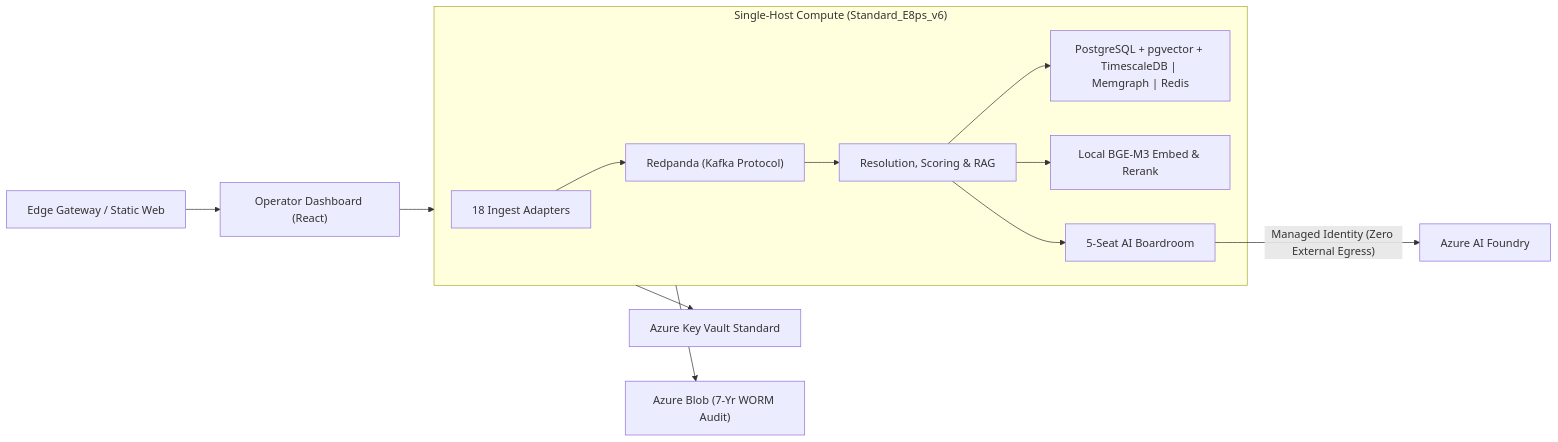
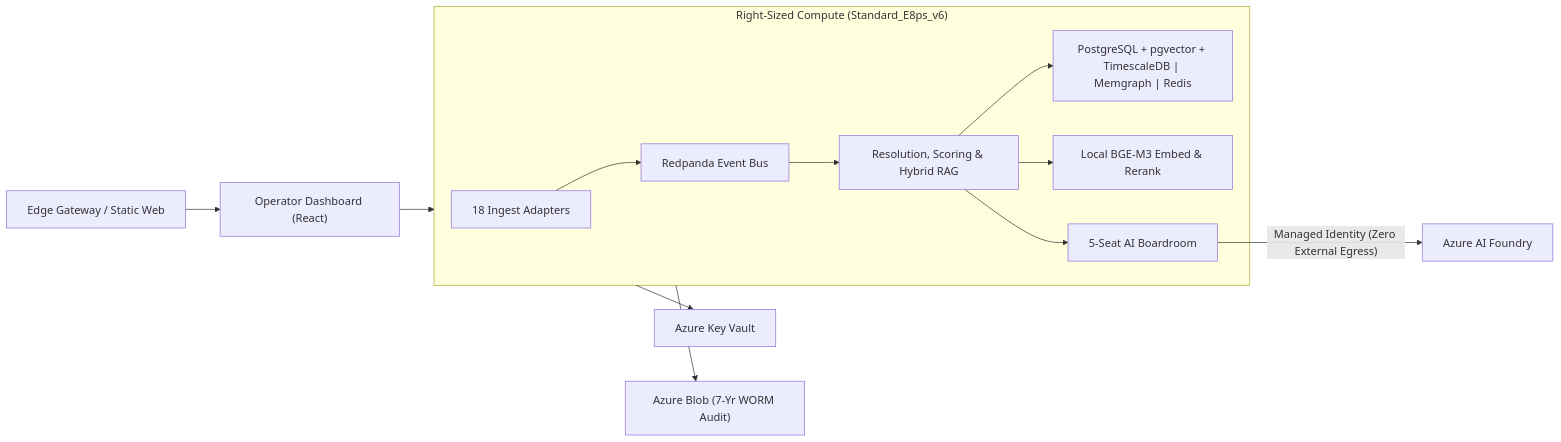
Before and after one commit to Damilarondo/miniature-azure-showcase: the diagram in README.md, drawn with Mermaid. The commit also changed other lines of this file, not shown here.

````diff
--- a/README.md
+++ b/README.md
@@ -54,17 +45,17 @@
 ```mermaid
 flowchart LR
     Edge["Edge Gateway / Static Web"] --> UI["Operator Dashboard (React)"]
-    UI --> Core["38-Service Compose Stack (Single Azure Host)"]
+    UI --> Core["38-Service Stack (Single Azure Host)"]
 
-    subgraph Core["Single-Host Compute (Standard_E8ps_v6)"]
-        Ingest["18 Ingest Adapters"] --> Bus["Redpanda (Kafka Protocol)"]
-        Bus --> Pipeline["Resolution, Scoring & RAG"]
+    subgraph Core["Right-Sized Compute (Standard_E8ps_v6)"]
+        Ingest["18 Ingest Adapters"] --> Bus["Redpanda Event Bus"]
+        Bus --> Pipeline["Resolution, Scoring & Hybrid RAG"]
         Pipeline --> Stores["PostgreSQL + pgvector + TimescaleDB | Memgraph | Redis"]
         Pipeline --> Embed["Local BGE-M3 Embed & Rerank"]
         Pipeline --> Boardroom["5-Seat AI Boardroom"]
     end
 
     Boardroom -->|"Managed Identity (Zero External Egress)"| Foundry["Azure AI Foundry"]
-    Core --> KV["Azure Key Vault Standard"]
+    Core --> KV["Azure Key Vault"]
     Core --> Audit["Azure Blob (7-Yr WORM Audit)"]
 ```
````
